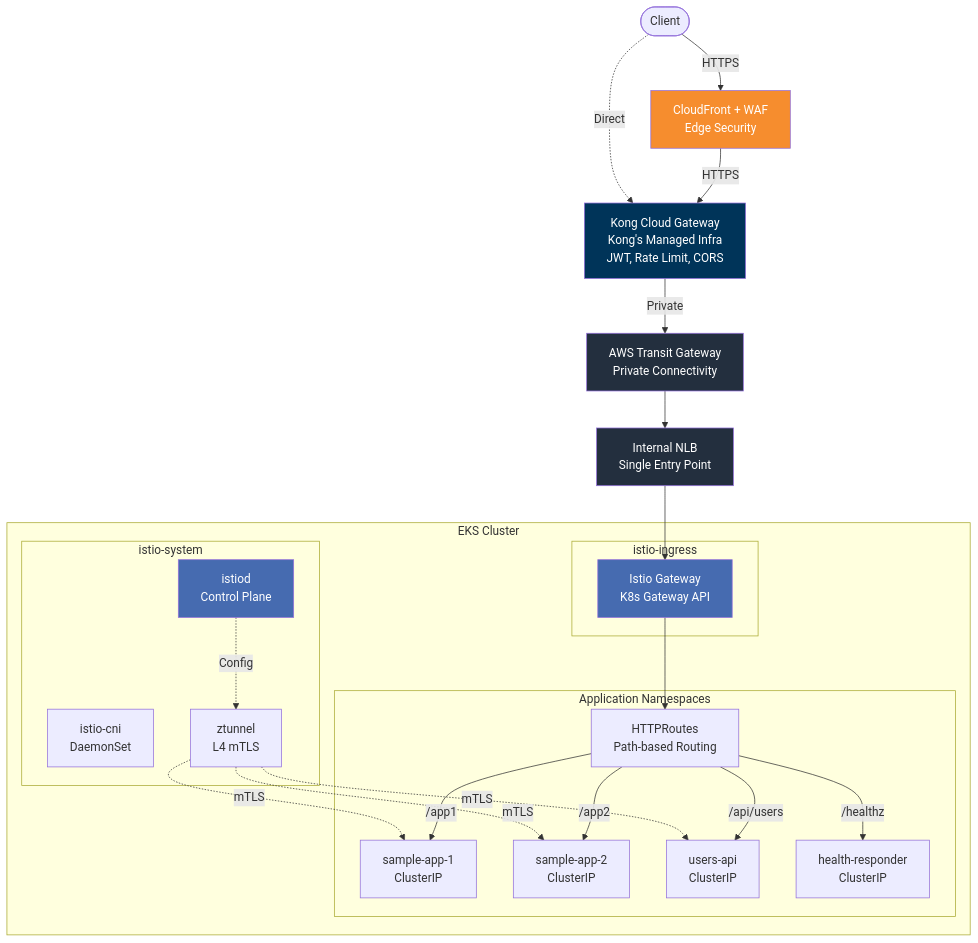
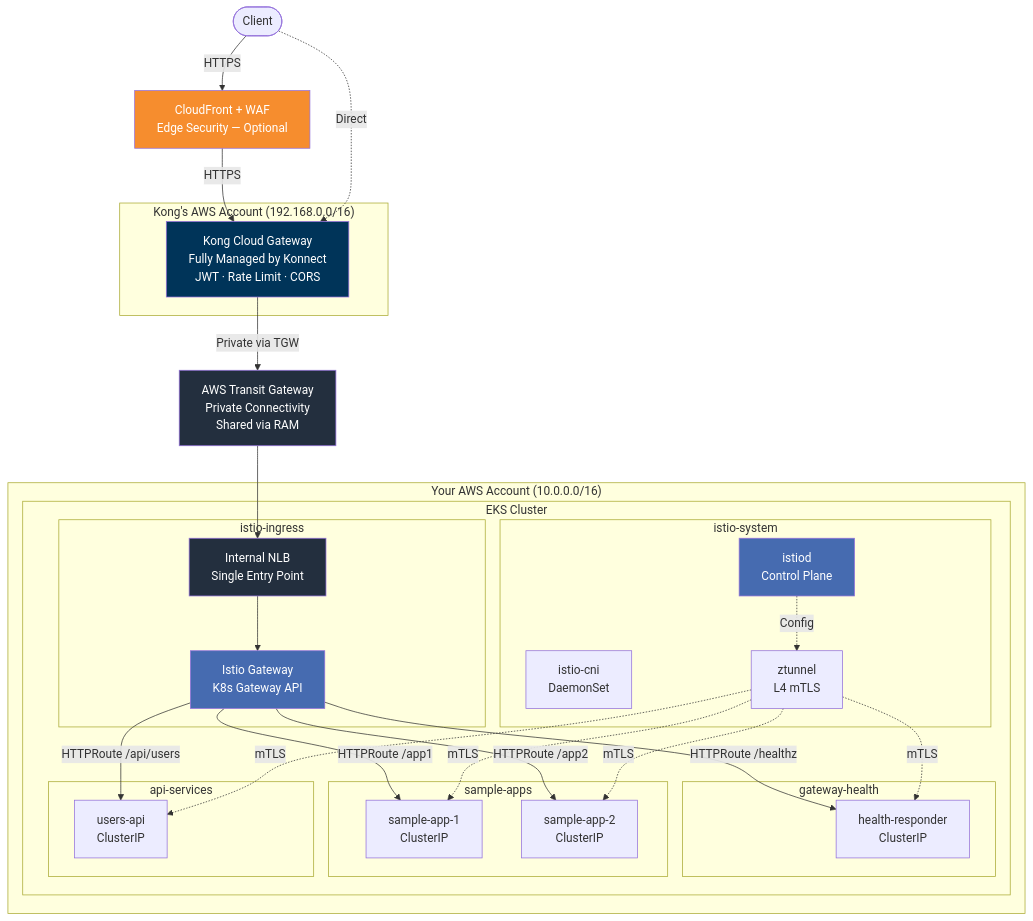
The first of 4 diagrams in README.md (shanaka-versent/Kong-Konnect-Cloud-Gateway-on-EKS), drawn with Mermaid before and after one commit. The commit also changed other lines of this file and 1 other file, not shown here.

First line of the commit message:
Update mermaid diagrams for two-account architecture and improve destroy script

````diff
--- a/README.md
+++ b/README.md
@@ -9,51 +18,58 @@
 ```mermaid
 graph TB
     Client([Client])
-    CF[CloudFront + WAF<br/>Edge Security]
-    Kong[Kong Cloud Gateway<br/>Kong's Managed Infra<br/>JWT, Rate Limit, CORS]
-    TGW[AWS Transit Gateway<br/>Private Connectivity]
-    NLB[Internal NLB<br/>Single Entry Point]
-    IGW[Istio Gateway<br/>K8s Gateway API]
-    HR[HTTPRoutes<br/>Path-based Routing]
+    CF[CloudFront + WAF<br/>Edge Security — Optional]
 
-    subgraph EKS Cluster
-        subgraph istio-system
-            Istiod[istiod<br/>Control Plane]
-            CNI[istio-cni<br/>DaemonSet]
-            ZT[ztunnel<br/>L4 mTLS]
-        end
-        subgraph istio-ingress
-            IGW
-        end
-        subgraph Application Namespaces
-            HR
-            App1[sample-app-1<br/>ClusterIP]
-            App2[sample-app-2<br/>ClusterIP]
-            API[users-api<br/>ClusterIP]
-            Health[health-responder<br/>ClusterIP]
+    subgraph "Kong's AWS Account (192.168.0.0/16)"
+        Kong[Kong Cloud Gateway<br/>Fully Managed by Konnect<br/>JWT · Rate Limit · CORS]
+    end
+
+    TGW[AWS Transit Gateway<br/>Private Connectivity<br/>Shared via RAM]
+
+    subgraph "Your AWS Account (10.0.0.0/16)"
+        subgraph EKS Cluster
+            subgraph istio-system
+                Istiod[istiod<br/>Control Plane]
+                CNI[istio-cni<br/>DaemonSet]
+                ZT[ztunnel<br/>L4 mTLS]
+            end
+            subgraph istio-ingress
+                NLB[Internal NLB<br/>Single Entry Point]
+                IGW[Istio Gateway<br/>K8s Gateway API]
+            end
+            subgraph gateway-health
+                Health[health-responder<br/>ClusterIP]
+            end
+            subgraph sample-apps
+                App1[sample-app-1<br/>ClusterIP]
+                App2[sample-app-2<br/>ClusterIP]
+            end
+            subgraph api-services
+                API[users-api<br/>ClusterIP]
+            end
         end
     end
 
     Client -->|HTTPS| CF
     CF -->|HTTPS| Kong
     Client -.->|Direct| Kong
-    Kong -->|Private| TGW
+    Kong -->|Private via TGW| TGW
     TGW --> NLB
     NLB --> IGW
-    IGW --> HR
-    HR -->|/app1| App1
-    HR -->|/app2| App2
-    HR -->|/api/users| API
-    HR -->|/healthz| Health
+    IGW -->|HTTPRoute /healthz| Health
+    IGW -->|HTTPRoute /app1| App1
+    IGW -->|HTTPRoute /app2| App2
+    IGW -->|HTTPRoute /api/users| API
     Istiod -.->|Config| ZT
     ZT -.->|mTLS| App1
     ZT -.->|mTLS| App2
     ZT -.->|mTLS| API
+    ZT -.->|mTLS| Health
 
     style Kong fill:#003459,color:#fff
     style IGW fill:#466BB0,color:#fff
     style Istiod fill:#466BB0,color:#fff
     style CF fill:#F68D2E,color:#fff
     style TGW fill:#232F3E,color:#fff
     style NLB fill:#232F3E,color:#fff
 ```
````
